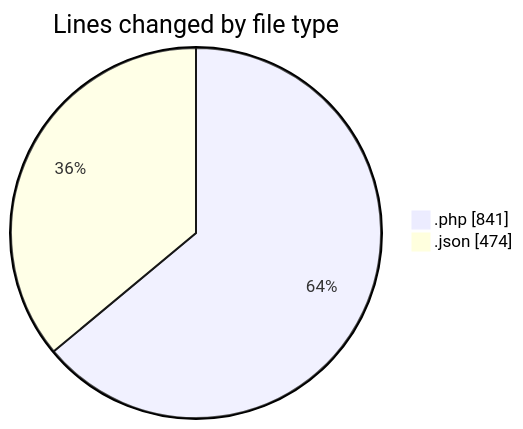
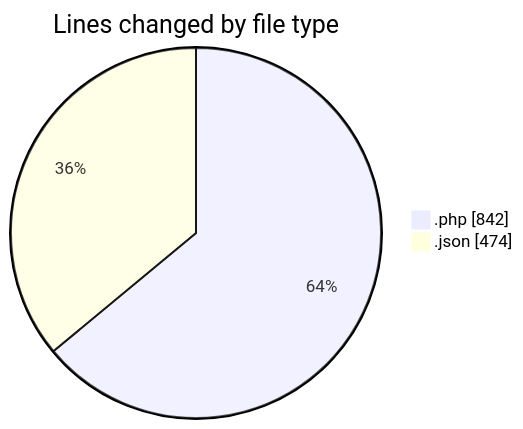
One commit to idhammustaqopulfikri/code-tracking changed the first of 2 diagrams in 2025-05-16/booking/README.md. Above: the diagram before and after it, drawn with Mermaid. The commit also changed other lines of this file and 1 other file, not shown here.

````diff
--- a/2025-05-16/booking/README.md
+++ b/2025-05-16/booking/README.md
@@ -39,6 +39,6 @@
 ```mermaid
 pie showData
 title Lines changed by file type
-".php" : 841
+".php" : 842
 ".json" : 474
 ```
````
